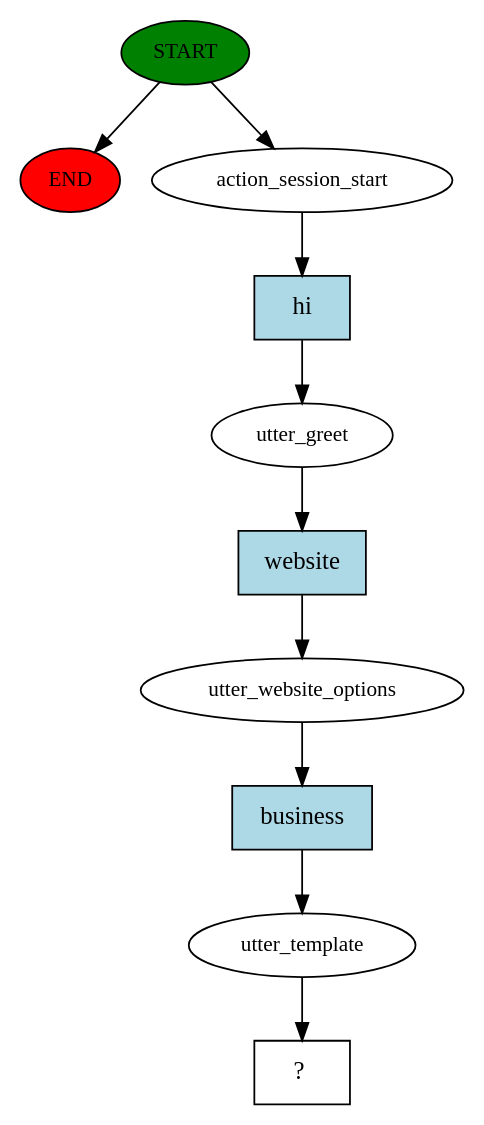
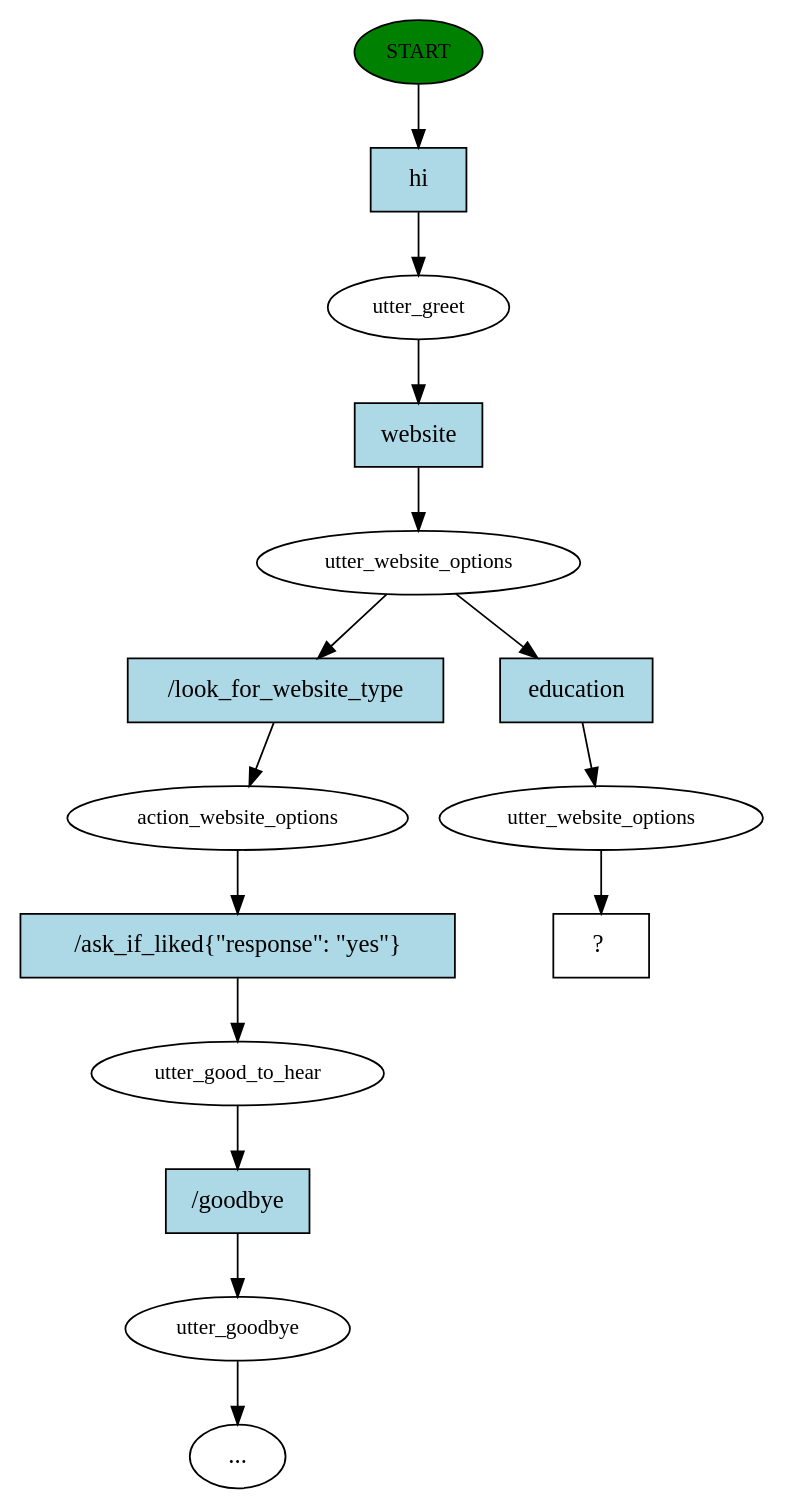
The diagram in story_graph.dot (swetabhmukherjee/gideon-rasa-bot), drawn with Graphviz before and after one commit. The commit also changed 47 other files, not shown here.

```diff
--- a/story_graph.dot
+++ b/story_graph.dot
@@ -1,21 +1,31 @@
 digraph  {
 0 [class="start active", fillcolor=green, fontsize=12, label=START, style=filled];
-"-1" [class=end, fillcolor=red, fontsize=12, label=END, style=filled];
-1 [class=active, fontsize=12, label=action_session_start];
-2 [class=active, fontsize=12, label=utter_greet];
-3 [class=active, fontsize=12, label=utter_website_options];
-4 [class=active, fontsize=12, label=utter_template];
-5 [class="intent dashed active", label="  ?  ", shape=rect];
-6 [class="intent active", fillcolor=lightblue, label=hi, shape=rect, style=filled];
-7 [class="intent active", fillcolor=lightblue, label=website, shape=rect, style=filled];
-8 [class="intent active", fillcolor=lightblue, label=business, shape=rect, style=filled];
-0 -> "-1"  [class="", key=NONE, label=""];
-0 -> 1  [class=active, key=NONE, label=""];
-1 -> 6  [class=active, key=0];
-2 -> 7  [class=active, key=0];
-3 -> 8  [class=active, key=0];
-4 -> 5  [class=active, key=NONE, label=""];
-6 -> 2  [class=active, key=0];
-7 -> 3  [class=active, key=0];
-8 -> 4  [class=active, key=0];
+1 [class=active, fontsize=12, label=utter_greet];
+2 [class=active, fontsize=12, label=utter_website_options];
+3 [class="", fontsize=12, label=action_website_options];
+4 [class="", fontsize=12, label=utter_good_to_hear];
+5 [class="", fontsize=12, label=utter_goodbye];
+"-3" [class=ellipsis, label="..."];
+8 [class=active, fontsize=12, label=utter_website_options];
+9 [class="intent dashed active", label="  ?  ", shape=rect];
+10 [class="intent active", fillcolor=lightblue, label=hi, shape=rect, style=filled];
+11 [class="intent active", fillcolor=lightblue, label=website, shape=rect, style=filled];
+12 [class=intent, fillcolor=lightblue, label="/look_for_website_type", shape=rect, style=filled];
+13 [class="intent active", fillcolor=lightblue, label=education, shape=rect, style=filled];
+14 [class=intent, fillcolor=lightblue, label="/ask_if_liked{\"response\": \"yes\"}", shape=rect, style=filled];
+15 [class=intent, fillcolor=lightblue, label="/goodbye", shape=rect, style=filled];
+0 -> 10  [class=active, key=0];
+1 -> 11  [class=active, key=0];
+2 -> 12  [class="", key=0];
+2 -> 13  [class=active, key=0];
+3 -> 14  [class="", key=0];
+4 -> 15  [class="", key=0];
+5 -> "-3"  [class="", key=NONE, label=""];
+8 -> 9  [class=active, key=NONE, label=""];
+10 -> 1  [class=active, key=0];
+11 -> 2  [class=active, key=0];
+12 -> 3  [class="", key=0];
+13 -> 8  [class=active, key=0];
+14 -> 4  [class="", key=0];
+15 -> 5  [class="", key=0];
 }
```
